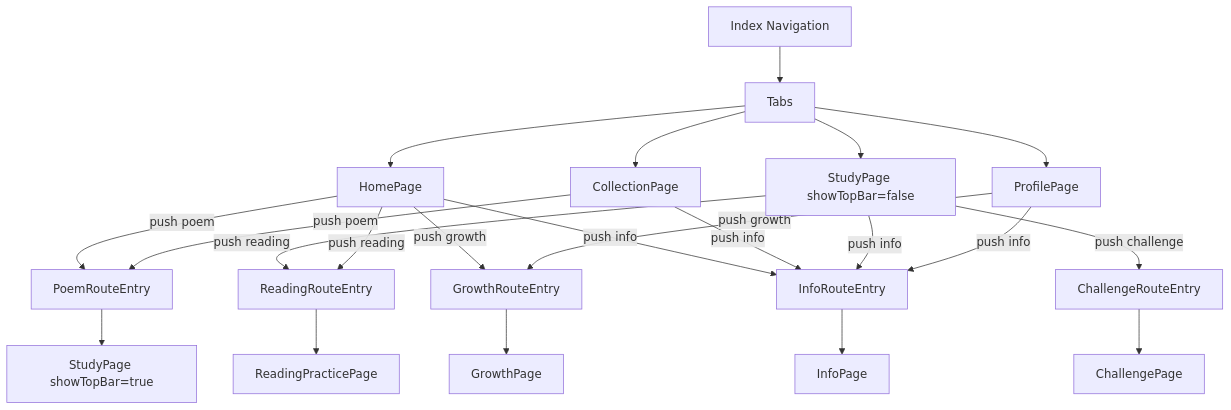
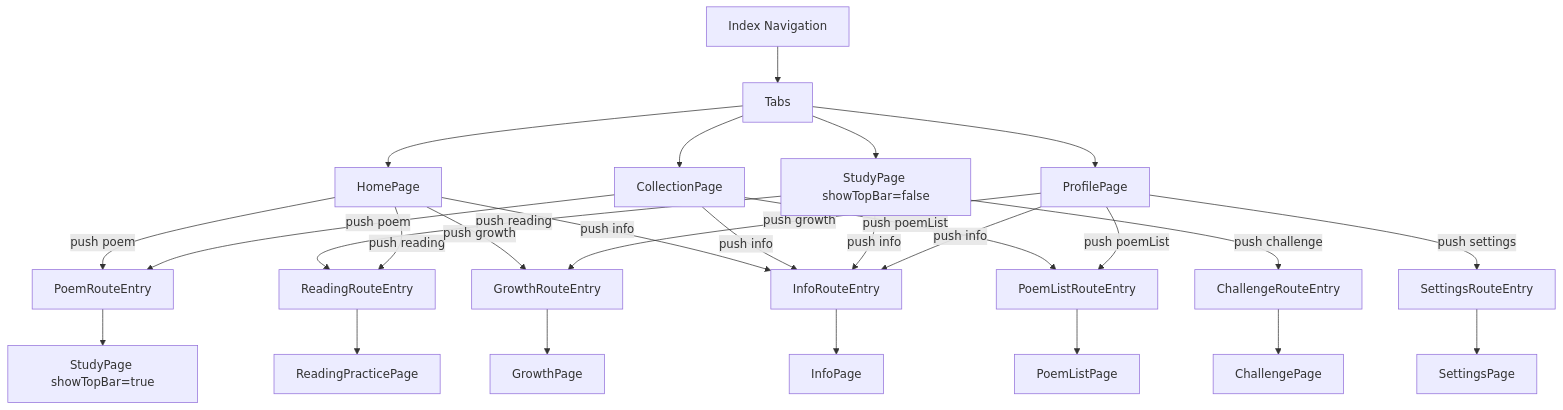
Before and after one commit to 0xdiymax/PoemBud: the third of 5 diagrams in docs/product-flow.md, drawn with Mermaid. The commit also changed other lines of this file and 42 other files, not shown here.

````diff
--- a/docs/product-flow.md
+++ b/docs/product-flow.md
@@ -88,26 +88,31 @@
 ```mermaid
 flowchart TD
   A["Index Navigation"] --> B["Tabs"]
   B --> C["HomePage"]
   B --> D["CollectionPage"]
   B --> E["StudyPage showTopBar=false"]
   B --> F["ProfilePage"]
 
   C -->|"push poem"| G["PoemRouteEntry"]
   D -->|"push poem"| G
+  D -->|"push poemList"| L["PoemListRouteEntry"]
+  F -->|"push poemList"| L
   E -->|"push challenge"| H["ChallengeRouteEntry"]
   E -->|"push reading"| I["ReadingRouteEntry"]
   C -->|"push reading"| I
   C -->|"push growth"| J["GrowthRouteEntry"]
   F -->|"push growth"| J
+  F -->|"push settings"| S["SettingsRouteEntry"]
   C -->|"push info"| K["InfoRouteEntry"]
   D -->|"push info"| K
   E -->|"push info"| K
   F -->|"push info"| K
 
   G --> G1["StudyPage showTopBar=true"]
+  L --> L1["PoemListPage"]
   H --> H1["ChallengePage"]
   I --> I1["ReadingPracticePage"]
   J --> J1["GrowthPage"]
+  S --> S1["SettingsPage"]
   K --> K1["InfoPage"]
 ```
````
